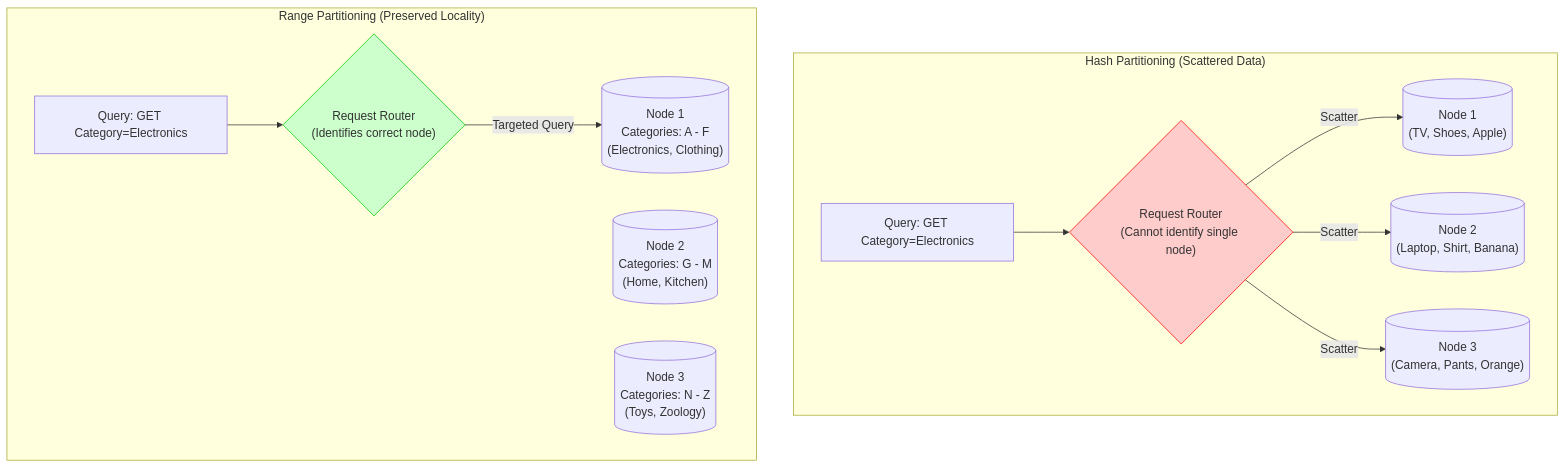
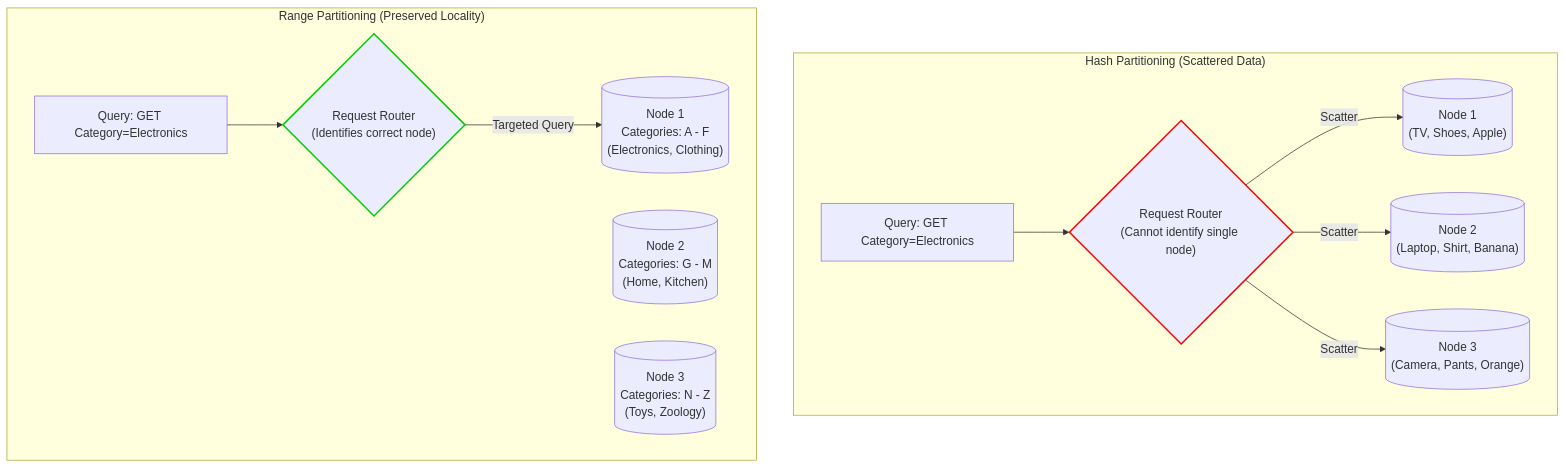
Before and after one commit to abhinnaagrawal/system-design-notes: the diagram in Core Concepts/Consistent Hashing/README.md, drawn with Mermaid. The commit also changed 62 other files, not shown here.

````diff
--- a/Core Concepts/Consistent Hashing/README.md
+++ b/Core Concepts/Consistent Hashing/README.md
@@ -157,32 +157,32 @@
 ```mermaid
 flowchart TD
     subgraph "Hash Partitioning (Scattered Data)"
         H_Query["Query: GET Category=Electronics"]
         H_Router{"Request Router\n(Cannot identify single node)"}
         
         H_Node1[("Node 1\n(TV, Shoes, Apple)")]
         H_Node2[("Node 2\n(Laptop, Shirt, Banana)")]
         H_Node3[("Node 3\n(Camera, Pants, Orange)")]
 
         H_Query --> H_Router
         H_Router -->|Scatter| H_Node1
         H_Router -->|Scatter| H_Node2
         H_Router -->|Scatter| H_Node3
         
-        style H_Router fill:#ffcccc,stroke:#ff0000
+        style H_Router stroke:#ff0000,stroke-width:2px
     end
 
     subgraph "Range Partitioning (Preserved Locality)"
         R_Query["Query: GET Category=Electronics"]
         R_Router{"Request Router\n(Identifies correct node)"}
         
         R_Node1[("Node 1\nCategories: A - F\n(Electronics, Clothing)")]
         R_Node2[("Node 2\nCategories: G - M\n(Home, Kitchen)")]
         R_Node3[("Node 3\nCategories: N - Z\n(Toys, Zoology)")]
 
         R_Query --> R_Router
         R_Router -->|Targeted Query| R_Node1
         
-        style R_Router fill:#ccffcc,stroke:#00cc00
+        style R_Router stroke:#00cc00,stroke-width:2px
     end
 ```
````
